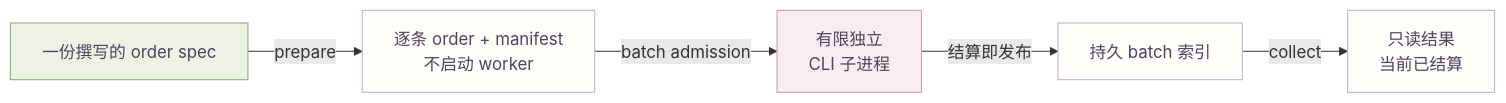
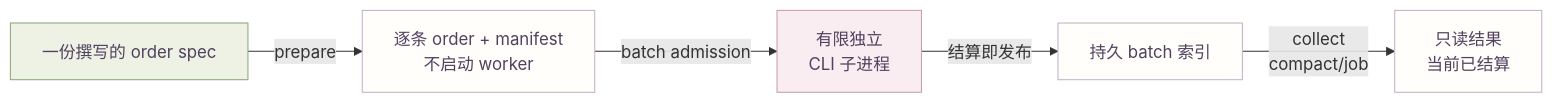
Before and after one commit to IndelibleVivi/codex-worker-routing: the second of 3 diagrams in docs/architecture.md, drawn with Mermaid. The commit also changed other lines of this file and 22 other files, not shown here.

````diff
--- a/docs/architecture.md
+++ b/docs/architecture.md
@@ -65,13 +67,13 @@
 ```mermaid
 flowchart LR
   Spec["一份撰写的 order spec"] -->|prepare| Man["逐条 order + manifest<br/>不启动 worker"]
   Man -->|batch admission| Jobs["有限独立<br/>CLI 子进程"]
   Jobs -->|结算即发布| Index["持久 batch 索引"]
-  Index -->|collect| Read["只读结果<br/>当前已结算"]
+  Index -->|collect<br/>compact/job| Read["只读结果<br/>当前已结算"]
   classDef coordinator fill:#edf2e5,stroke:#8fa77c,color:#51415f
   classDef worker fill:#faedf1,stroke:#c69eae,color:#51415f
   classDef evidence fill:#fffefa,stroke:#c1b3c9,color:#51415f
   class Spec coordinator
   class Jobs worker
   class Man,Index,Read evidence
 ```
````
